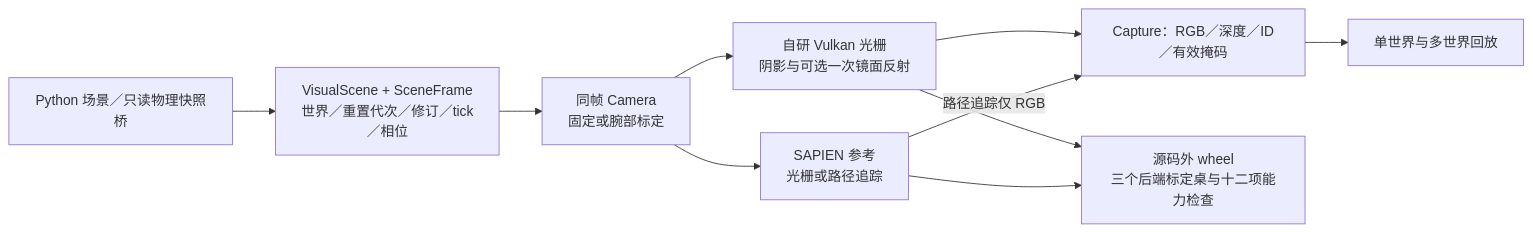
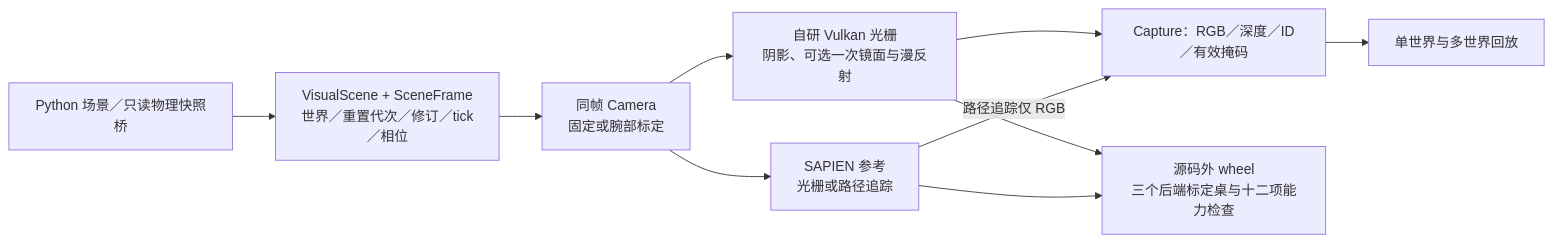
The diagram in rendering/results/engine-capabilities.md (ChenxrC/phymeo), drawn with Mermaid before and after one commit. The commit also changed other lines of this file and 63 other files, not shown here.

Commit message:
Publish measured diffuse color bleeding on the Panda gripper and finite chart

````diff
--- a/rendering/results/engine-capabilities.md
+++ b/rendering/results/engine-capabilities.md
@@ -5,12 +5,12 @@
 ```mermaid
 flowchart LR
   A[Python 场景／只读物理快照桥] --> B[VisualScene + SceneFrame<br/>世界／重置代次／修订／tick／相位]
   B --> C[同帧 Camera<br/>固定或腕部标定]
-  C --> D[自研 Vulkan 光栅<br/>阴影与可选一次镜面反射]
+  C --> D[自研 Vulkan 光栅<br/>阴影、可选一次镜面与漫反射]
   C --> E[SAPIEN 参考<br/>光栅或路径追踪]
   D --> F[Capture：RGB／深度／ID／有效掩码]
   E -->|路径追踪仅 RGB| F
   F --> G[单世界与多世界回放]
   D --> H[源码外 wheel<br/>三个后端标定桌与十二项能力检查]
   E --> H
 ```
````
